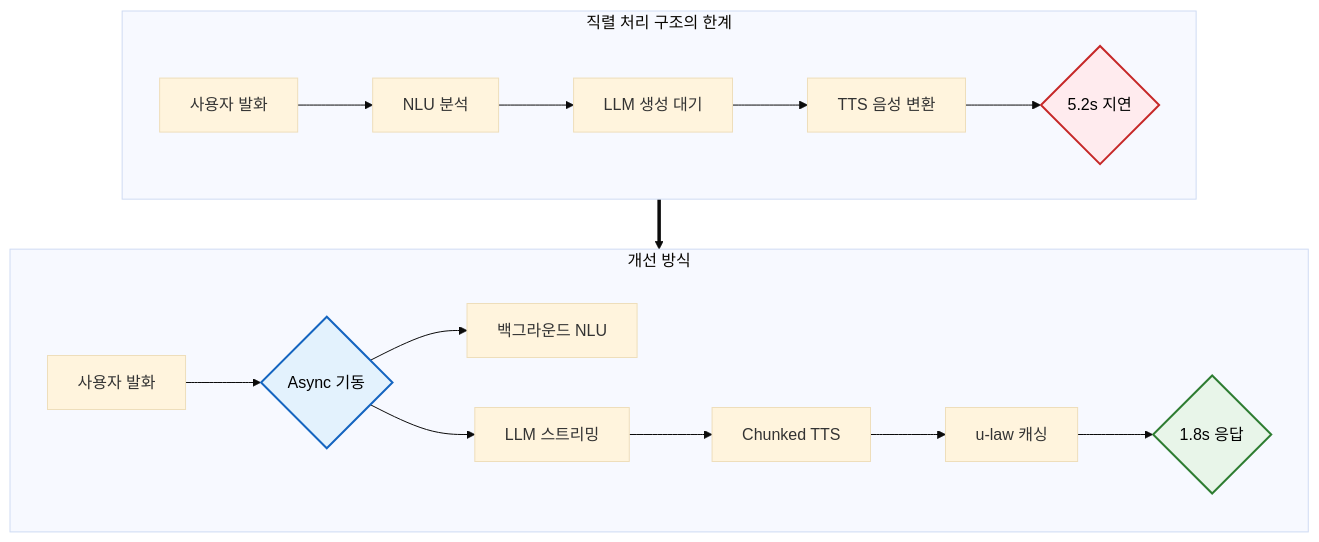
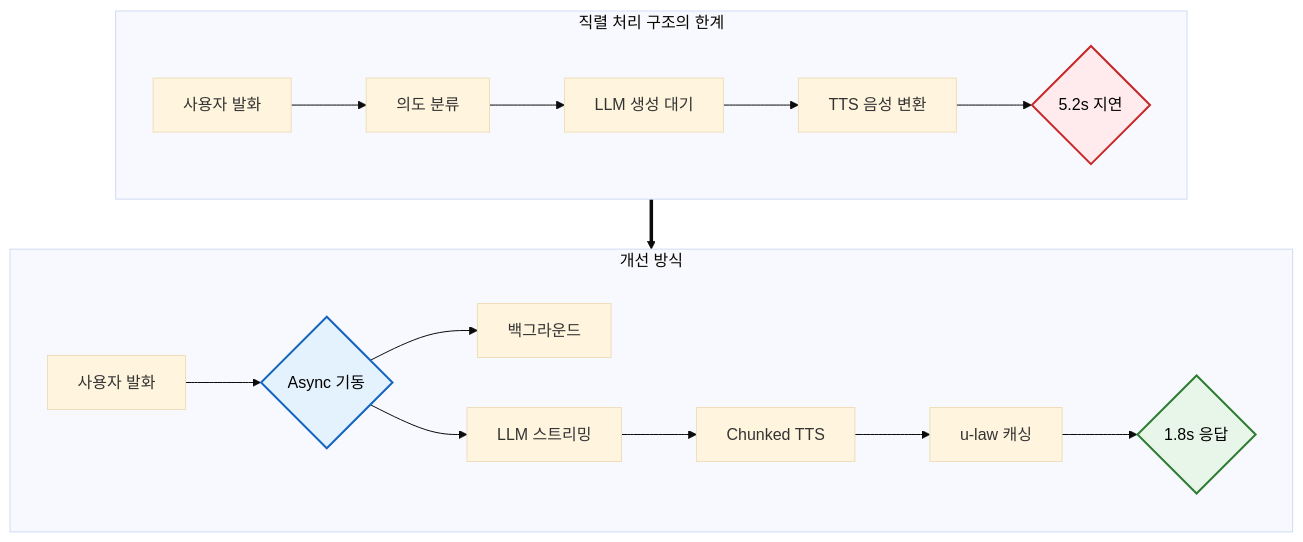
Before and after one commit to Sesac-SaltLux-Final/SilverLink-AI: the first of 5 diagrams in technical_resolution.md, drawn with Mermaid (base theme).

````diff
--- a/technical_resolution.md
+++ b/technical_resolution.md
@@ -14,34 +14,34 @@
 ```mermaid
 graph TD
     %% [1] 상단: 기존 방식
     subgraph AS_IS ["직렬 처리 구조의 한계"]
         direction LR
-        A1[사용자 발화] --> B1[NLU 분석]
+        A1[사용자 발화] --> B1[의도 분류]
         B1 --> C1[LLM 생성 대기]
         C1 --> D1[TTS 음성 변환]
         D1 --> E1{5.2s 지연}
     end
 
     %% 연결 화살표 (상하 배치 유도)
     AS_IS ==> TO_BE
 
     %% [2] 하단: 개선 방식
     subgraph TO_BE ["개선 방식"]
         direction LR
         A2[사용자 발화] --> B2{Async 기동}
         
         %% 병렬 구조 시각화
-        B2 --> C2[백그라운드 NLU]
+        B2 --> C2[백그라운드]
         B2 --> D2[LLM 스트리밍]
         
         D2 --> E2[Chunked TTS]
         E2 --> F2[u-law 캐싱]
         F2 --> G2{1.8s 응답}
     end
 
     %% 스타일링
     %% 스타일링 (글씨색을 검은색 #000으로 명시)
     style E1 fill:#ffebee,stroke:#c62828,stroke-width:2px,color:#000
     style B2 fill:#e3f2fd,stroke:#1565c0,stroke-width:2px,color:#000
     style G2 fill:#e8f5e9,stroke:#2e7d32,stroke-width:2px,color:#000
 ```
````
